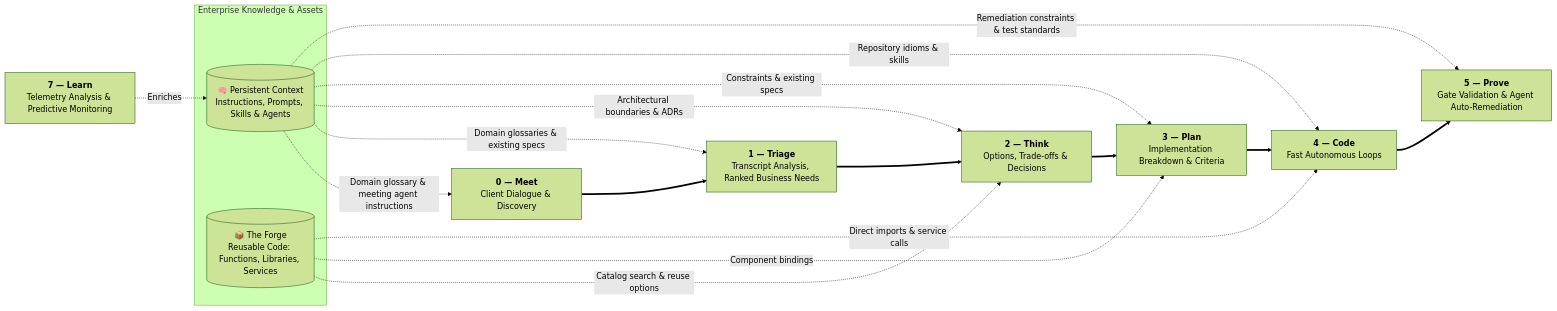
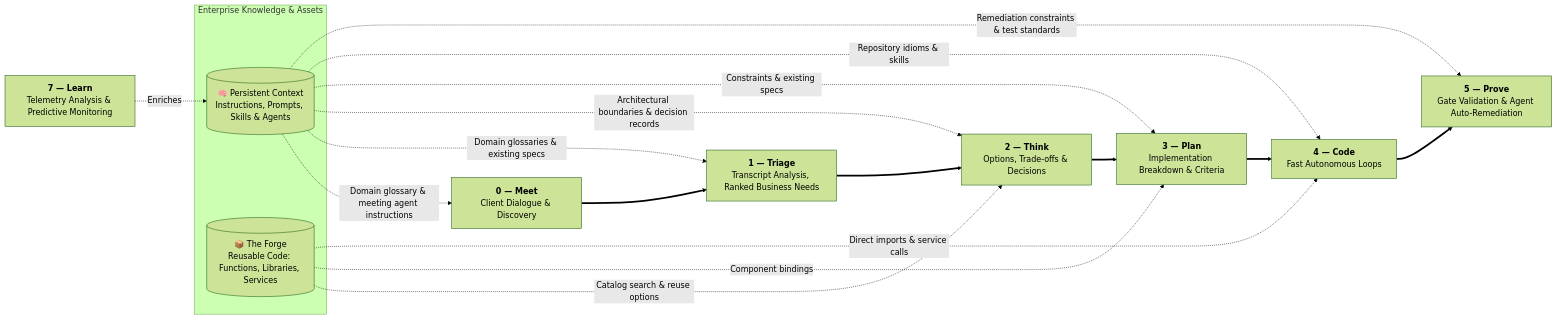
One commit to ALTEN-group/agentic-software-factory changed the first of 2 diagrams in website/docs/guide/persistent-context.md. Above: the diagram before and after it, drawn with Mermaid (forest theme). The commit also changed other lines of this file and 29 other files, not shown here.

````diff
--- a/website/docs/guide/persistent-context.md
+++ b/website/docs/guide/persistent-context.md
@@ -54,37 +54,37 @@
 ```mermaid
 ---
 caption: Persistent Context and The Forge powering the delivery stages
 ---
 flowchart LR
     subgraph Enterprise["Enterprise Knowledge & Assets"]
         CONTEXT[("🧠 Persistent Context<br/>Instructions, Prompts, Skills & Agents")]
         FORGE[("📦 The Forge<br/>Reusable Code: Functions, Libraries, Services")]
     end
 
     MEET["<b>0 — Meet</b><br/>Client Dialogue & Discovery"]
     NEED["<b>1 — Triage</b><br/>Transcript Analysis, Ranked Business Needs"]
     THINK["<b>2 — Think</b><br/>Options, Trade-offs & Decisions"]
     PLAN["<b>3 — Plan</b><br/>Implementation Breakdown & Criteria"]
     CODE["<b>4 — Code</b><br/>Fast Autonomous Loops"]
     PROOF["<b>5 — Prove</b><br/>Gate Validation & Agent Auto-Remediation"]
 
     CONTEXT -. Domain glossary & meeting agent instructions .-> MEET
     CONTEXT -. Domain glossaries & existing specs .-> NEED
-    CONTEXT -. Architectural boundaries & ADRs .-> THINK
+    CONTEXT -. Architectural boundaries & decision records .-> THINK
     CONTEXT -. Constraints & existing specs .-> PLAN
     CONTEXT -. Repository idioms & skills .-> CODE
     CONTEXT -. Remediation constraints & test standards .-> PROOF
 
     FORGE -. Catalog search & reuse options .-> THINK
     FORGE -. Component bindings .-> PLAN
     FORGE -. Direct imports & service calls .-> CODE
 
     MEET ==> NEED
     NEED ==> THINK
     THINK ==> PLAN
     PLAN ==> CODE
     CODE ==> PROOF
 
     LEARN["<b>7 — Learn</b><br/>Telemetry Analysis & Predictive Monitoring"]
     LEARN -. Enriches .-> CONTEXT
 ```
````
